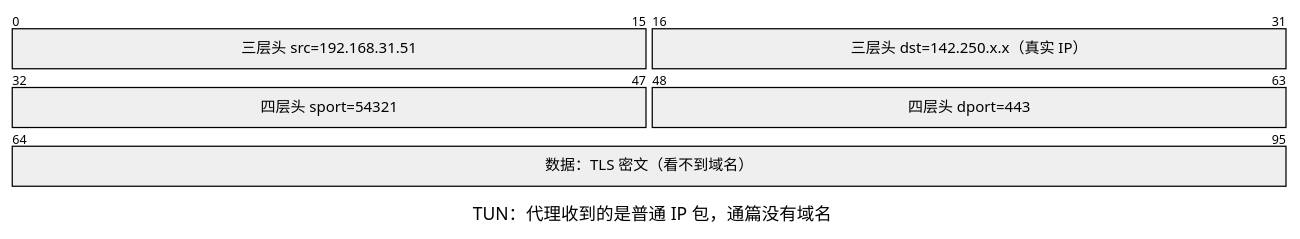
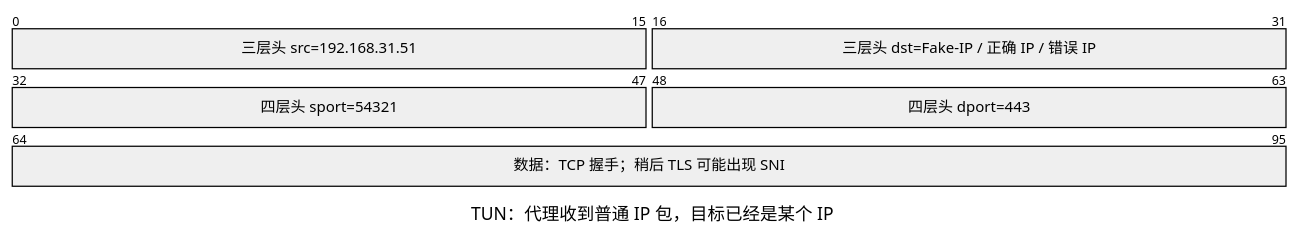
Before and after one commit to puppylpg/puppylpg.github.io: the second of 17 diagrams in _posts/2026-08-09-tun-proxy-dns-chain.md, drawn with Mermaid. The commit also changed other lines of this file and 1 other file, not shown here.

Commit message:
docs: clarify TUN proxy and VPN coexistence

````diff
--- a/_posts/2026-08-09-tun-proxy-dns-chain.md
+++ b/_posts/2026-08-09-tun-proxy-dns-chain.md
@@ -62,9 +83,9 @@
 ```mermaid
 packet-beta
-title TUN：代理收到的是普通 IP 包，通篇没有域名
+title TUN：代理收到普通 IP 包，目标已经是某个 IP
 0-15: "三层头 src=192.168.31.51"
-16-31: "三层头 dst=142.250.x.x（真实 IP）"
+16-31: "三层头 dst=Fake-IP / 正确 IP / 错误 IP"
 32-47: "四层头 sport=54321"
 48-63: "四层头 dport=443"
-64-95: "数据：TLS 密文（看不到域名）"
+64-95: "数据：TCP 握手；稍后 TLS 可能出现 SNI"
 ```
````
